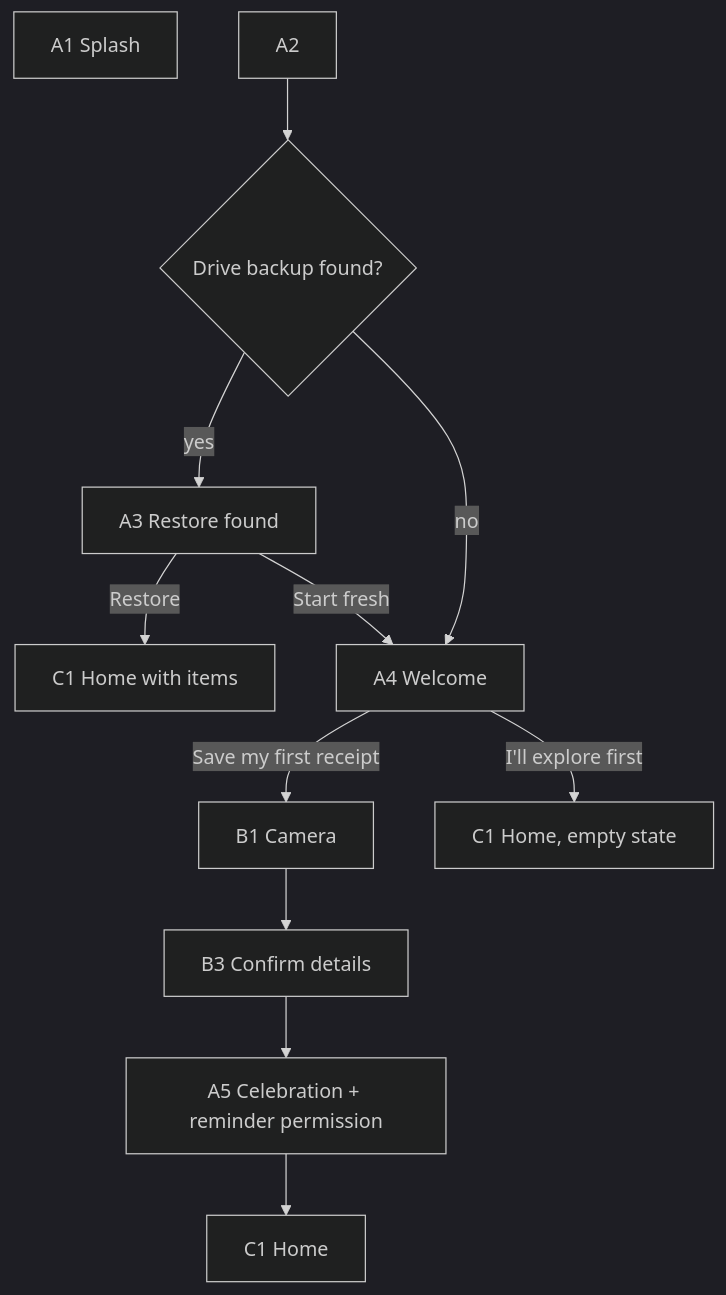
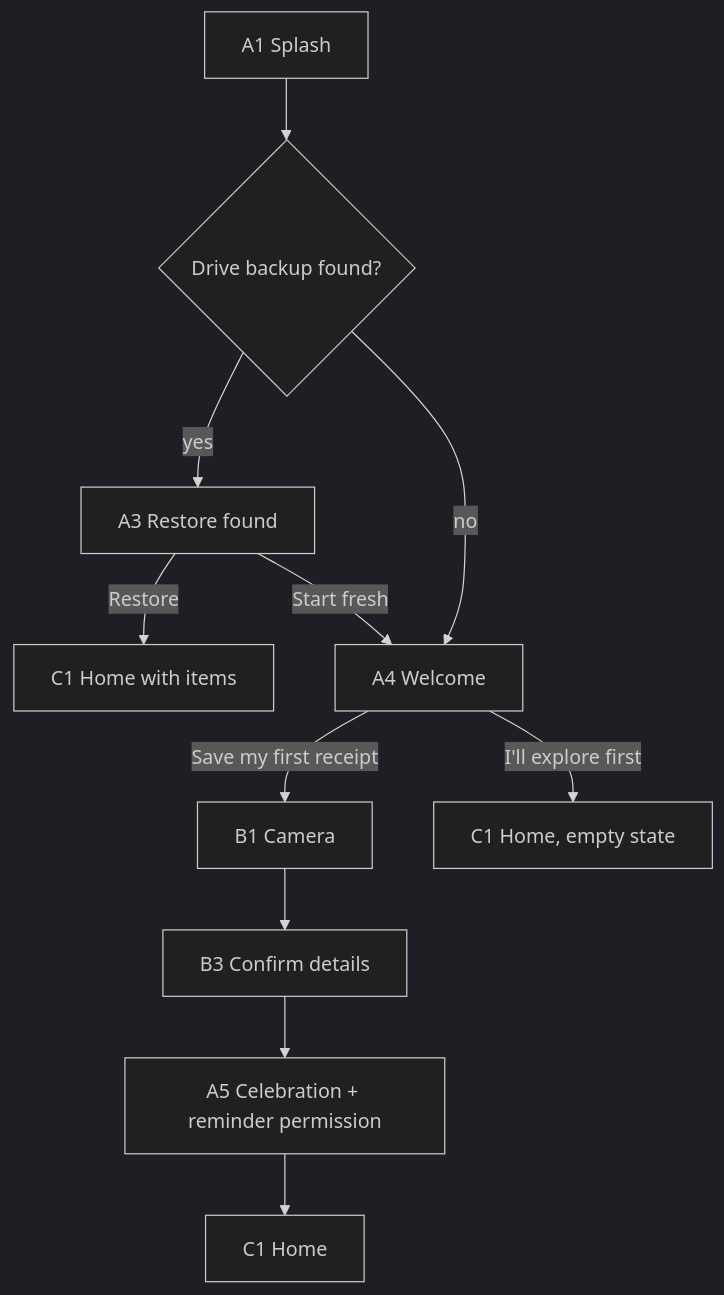
Before and after one commit to nsaifd/ambr: the second of 8 diagrams in docs/ux/ux-blueprint.md, drawn with Mermaid (dark theme).

Commit message:
Docs: fix flow diagram after removing language step
Claude-Session: https://claude.ai/code/session_01L9iFKcFhMd862iGn4LyiFZ

````diff
--- a/docs/ux/ux-blueprint.md
+++ b/docs/ux/ux-blueprint.md
@@ -179,13 +179,13 @@
 ```mermaid
 flowchart TD
     A1[A1 Splash]
-    A2 --> Found{Drive backup found?}
+    A1 --> Found{Drive backup found?}
     Found -- yes --> A3[A3 Restore found]
     A3 -- Restore --> Home[C1 Home with items]
     A3 -- Start fresh --> A4
     Found -- no --> A4[A4 Welcome]
     A4 -- Save my first receipt --> B1[B1 Camera]
     A4 -- I'll explore first --> Empty[C1 Home, empty state]
     B1 --> B3[B3 Confirm details] --> A5[A5 Celebration + reminder permission]
     A5 --> Home2[C1 Home]
 ```
````
